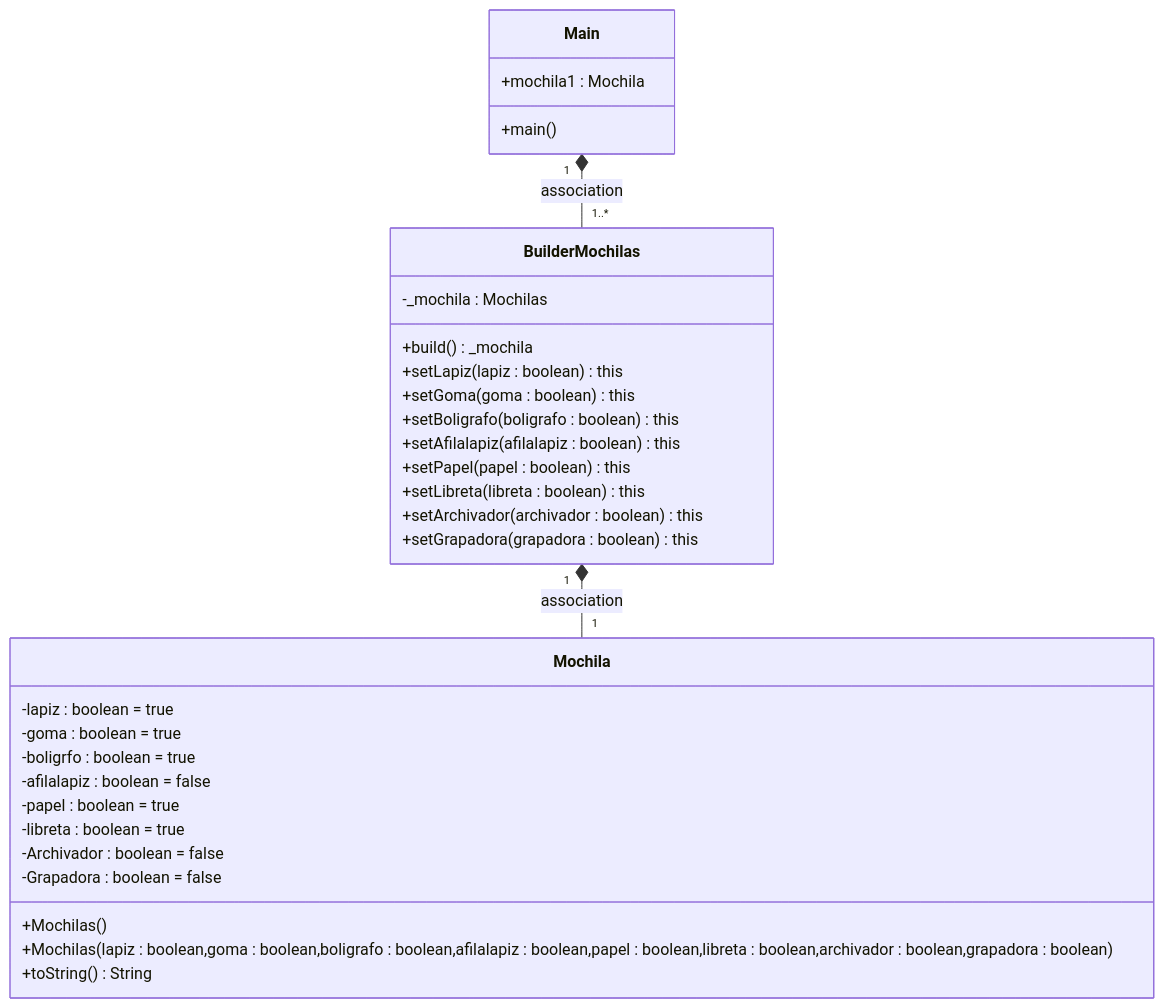
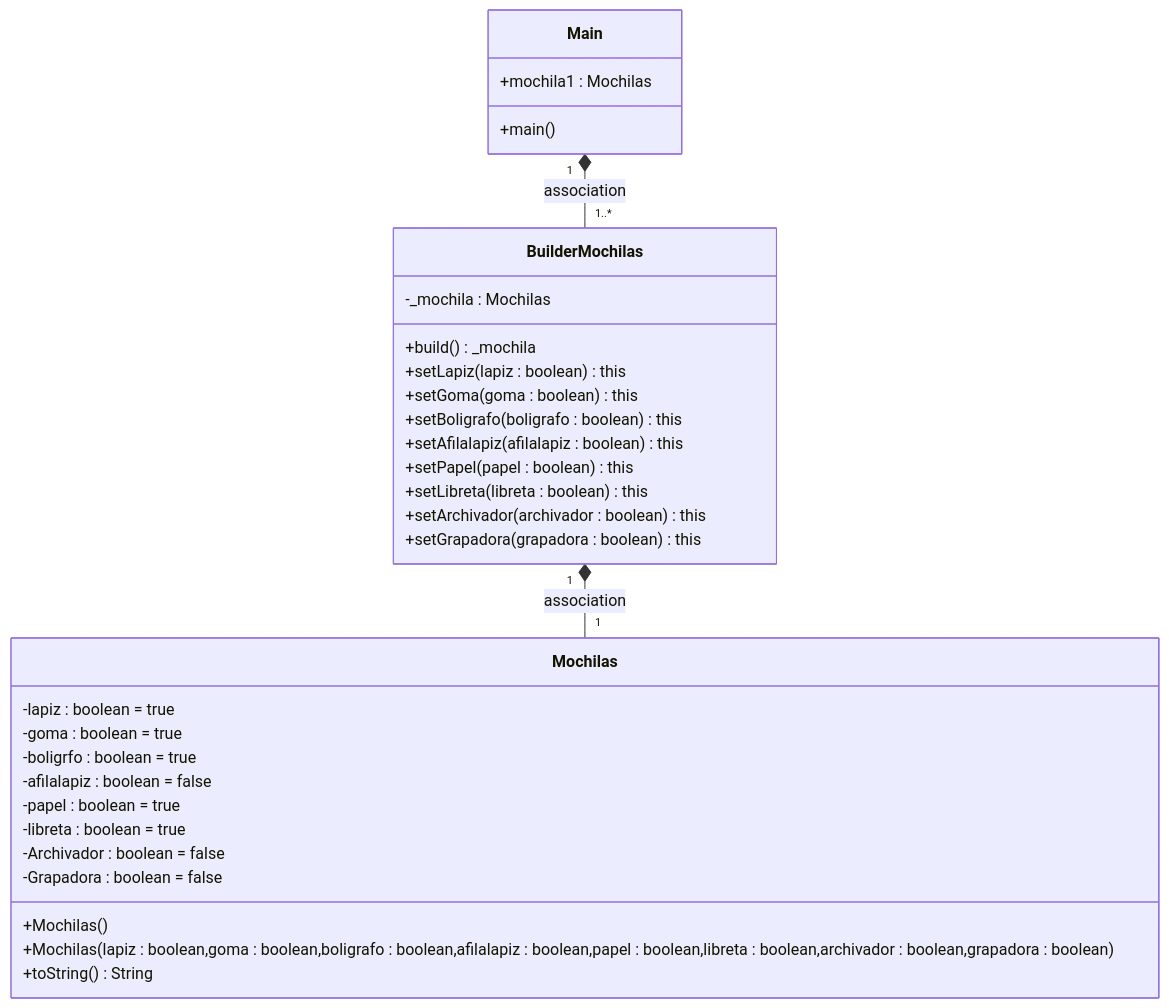
One commit to agonzalezbesada/COD_Boletin15_Builder changed the first of 2 diagrams in Readme.md. Above: the diagram before and after it, drawn with Mermaid. The commit also changed other lines of this file, not shown here.

Commit message:
Diagrama 1.0

````diff
--- a/Readme.md
+++ b/Readme.md
@@ -21,37 +21,37 @@
 ```mermaid
 classDiagram
     class Main{
-    +mochila1 : Mochila
+    +mochila1 : Mochilas
     +main()
     }
         
     class BuilderMochilas{
     -_mochila : Mochilas
     +build() _mochila
     +setLapiz(lapiz : boolean) this
     +setGoma(goma : boolean) this
     +setBoligrafo(boligrafo : boolean) this
     +setAfilalapiz(afilalapiz : boolean) this
     +setPapel(papel : boolean) this
     +setLibreta(libreta : boolean) this
     +setArchivador(archivador : boolean) this
     +setGrapadora(grapadora : boolean) this
     }
     
-    class Mochila{
+    class Mochilas{
     -lapiz : boolean = true
     -goma : boolean = true
     -boligrfo : boolean = true
     -afilalapiz : boolean = false
     -papel : boolean = true
     -libreta : boolean = true
     -Archivador : boolean = false
     -Grapadora : boolean = false
     +Mochilas()
     +Mochilas(lapiz : boolean,goma : boolean,boligrafo : boolean,afilalapiz : boolean,papel : boolean,libreta : boolean,archivador : boolean,grapadora : boolean)
     +toString() String
     }
     
     Main "1" *-- "1..*" BuilderMochilas : association
-    BuilderMochilas "1" *-- "1" Mochila : association
+    BuilderMochilas "1" *-- "1" Mochilas : association
 ```
````
